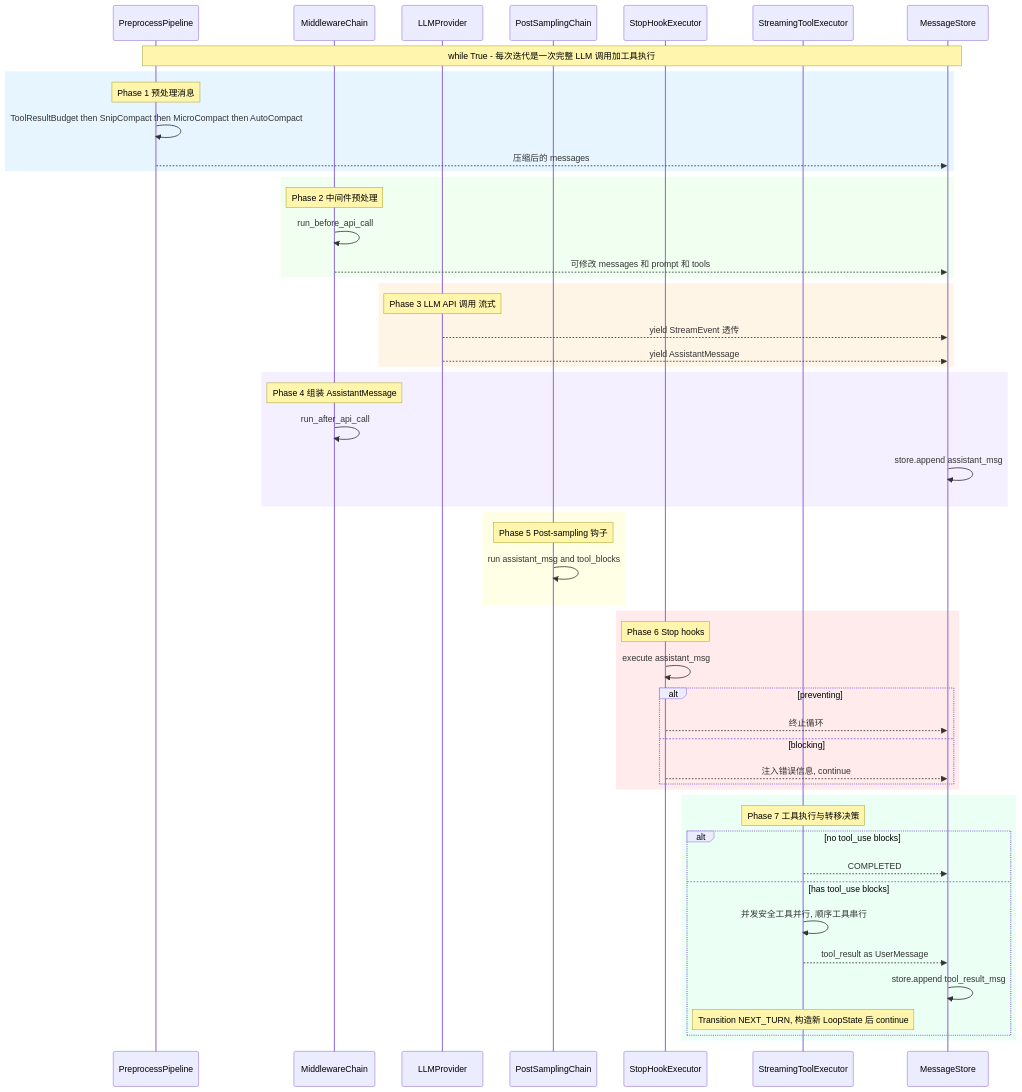
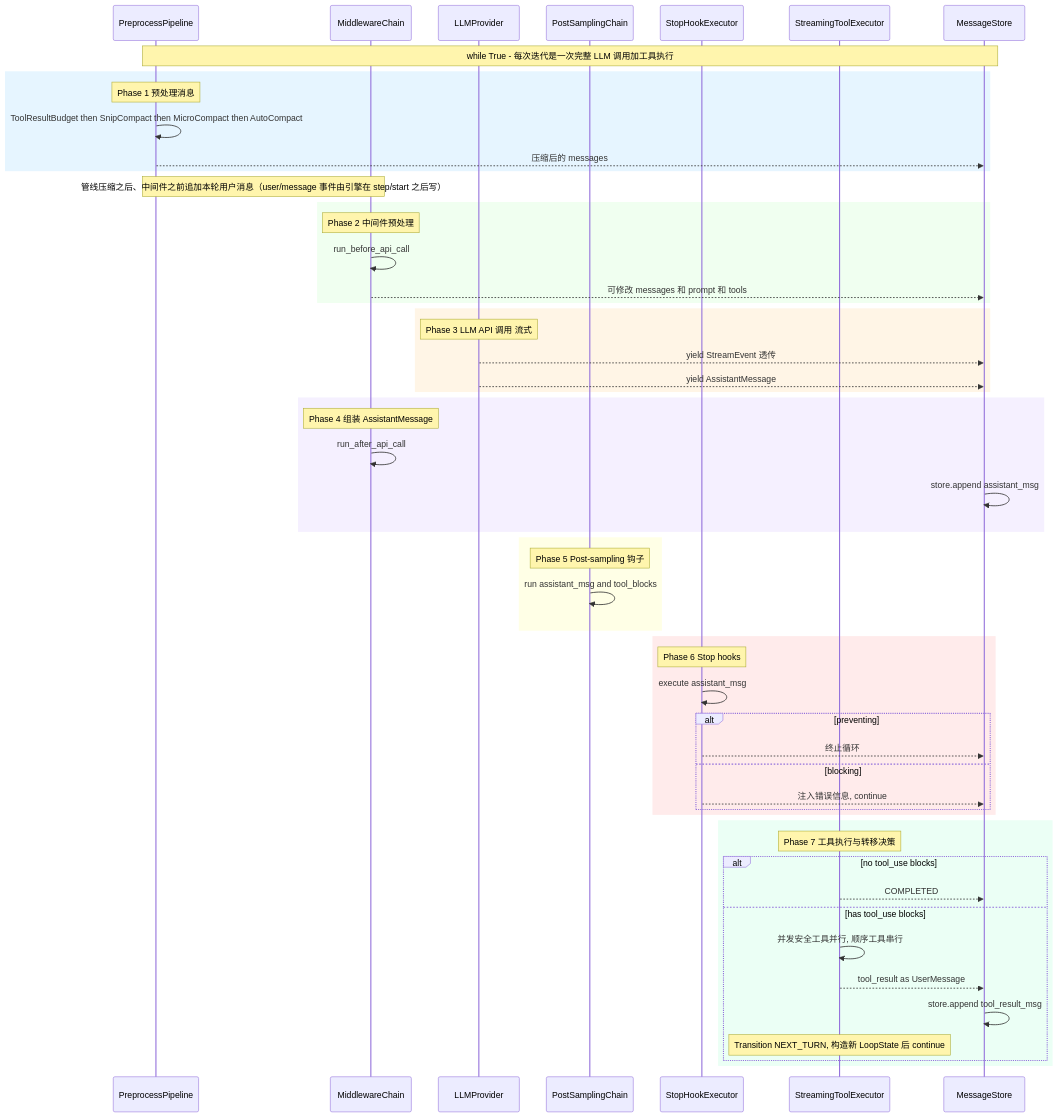
One commit to DawnOf1996/nono-agent changed the third of 6 diagrams in docs/NonoAgent-Architecture.md. Above: the diagram before and after it, drawn with Mermaid. The commit also changed other lines of this file and 62 other files, not shown here.

````diff
--- a/docs/NonoAgent-Architecture.md
+++ b/docs/NonoAgent-Architecture.md
@@ -292,63 +296,65 @@
 ```mermaid
 sequenceDiagram
     participant PP as PreprocessPipeline
     participant MW as MiddlewareChain
     participant LLM as LLMProvider
     participant PSC as PostSamplingChain
     participant SH as StopHookExecutor
     participant TE as StreamingToolExecutor
     participant MS as MessageStore
 
     Note over PP,MS: while True - 每次迭代是一次完整 LLM 调用加工具执行
 
     rect rgb(230, 245, 255)
         Note over PP: Phase 1 预处理消息
         PP->>PP: ToolResultBudget then SnipCompact then MicroCompact then AutoCompact
         PP-->>MS: 压缩后的 messages
     end
+
+    Note over PP,MW: 管线压缩之后、中间件之前追加本轮用户消息（user/message 事件由引擎在 step/start 之后写）
 
     rect rgb(240, 255, 240)
         Note over MW: Phase 2 中间件预处理
         MW->>MW: run_before_api_call
         MW-->>MS: 可修改 messages 和 prompt 和 tools
     end
 
     rect rgb(255, 245, 230)
         Note over LLM: Phase 3 LLM API 调用 流式
         LLM-->>MS: yield StreamEvent 透传
         LLM-->>MS: yield AssistantMessage
     end
 
     rect rgb(245, 240, 255)
         Note over MW: Phase 4 组装 AssistantMessage
         MW->>MW: run_after_api_call
         MS->>MS: store.append assistant_msg
     end
 
     rect rgb(255, 255, 230)
         Note over PSC: Phase 5 Post-sampling 钩子
         PSC->>PSC: run assistant_msg and tool_blocks
     end
 
     rect rgb(255, 235, 235)
         Note over SH: Phase 6 Stop hooks
         SH->>SH: execute assistant_msg
         alt preventing
             SH-->>MS: 终止循环
         else blocking
             SH-->>MS: 注入错误信息, continue
         end
     end
 
     rect rgb(235, 255, 245)
         Note over TE: Phase 7 工具执行与转移决策
         alt no tool_use blocks
             TE-->>MS: COMPLETED
         else has tool_use blocks
             TE->>TE: 并发安全工具并行, 顺序工具串行
             TE-->>MS: tool_result as UserMessage
             MS->>MS: store.append tool_result_msg
             Note over TE: Transition NEXT_TURN, 构造新 LoopState 后 continue
         end
     end
 ```
````
